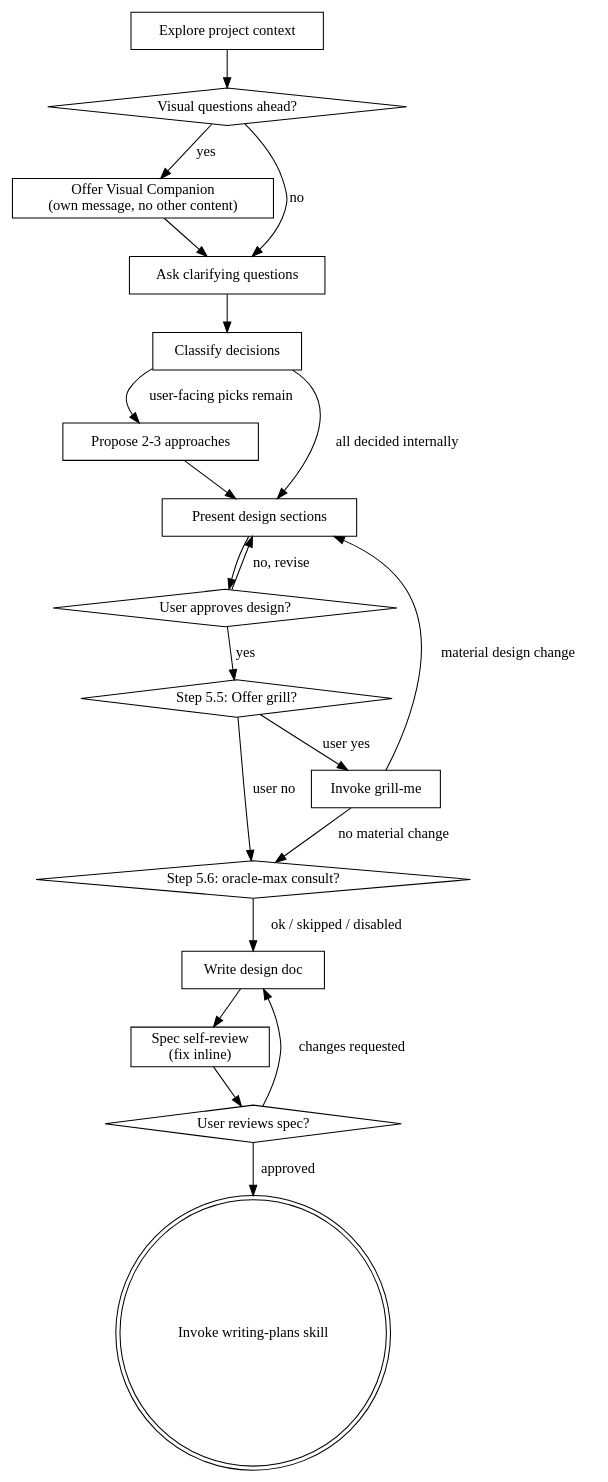
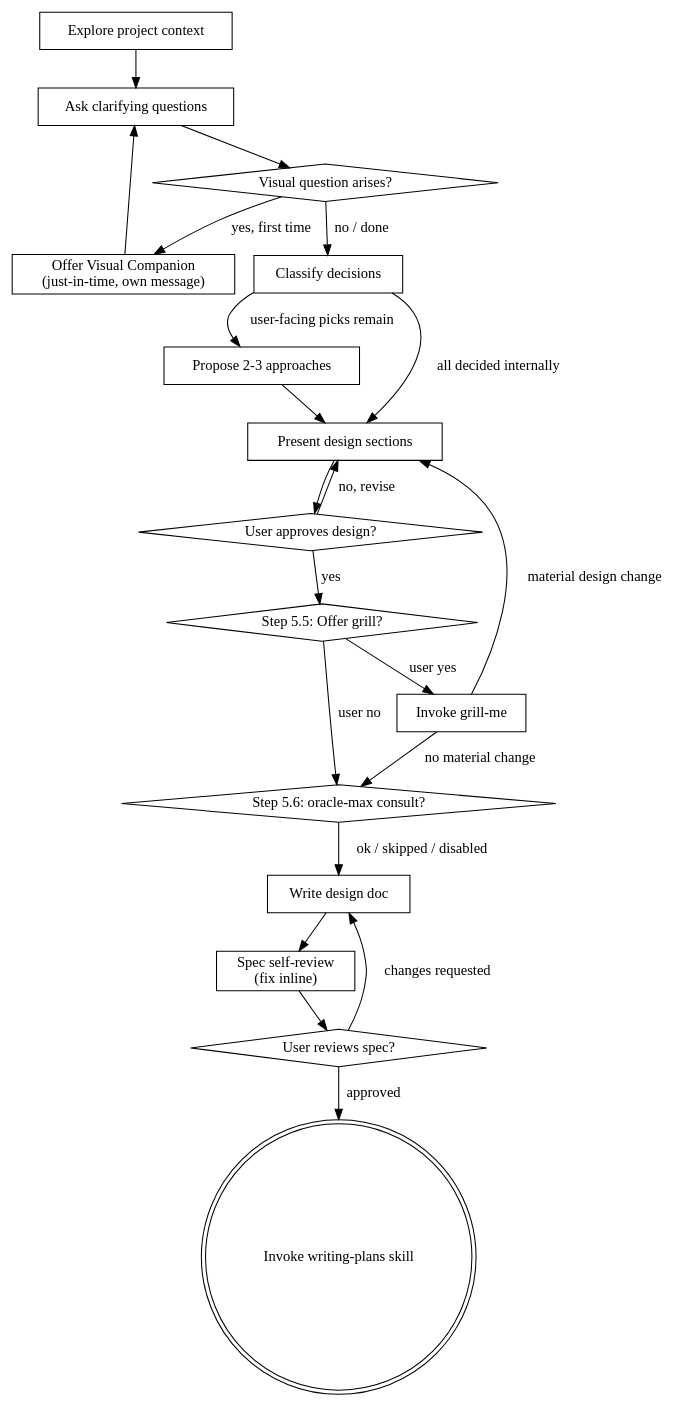
The diagram in skills/brainstorming/SKILL.md (chris-yyau/busdriver), drawn with Graphviz before and after one commit. The commit also changed other lines of this file and 6 other files, not shown here.

````diff
--- a/skills/brainstorming/SKILL.md
+++ b/skills/brainstorming/SKILL.md
@@ -46,40 +46,40 @@
 ```dot
 digraph brainstorming {
     "Explore project context" [shape=box];
-    "Visual questions ahead?" [shape=diamond];
-    "Offer Visual Companion\n(own message, no other content)" [shape=box];
+    "Visual question arises?" [shape=diamond];
+    "Offer Visual Companion\n(just-in-time, own message)" [shape=box];
     "Ask clarifying questions" [shape=box];
     "Classify decisions" [shape=box];
     "Propose 2-3 approaches" [shape=box];
     "Present design sections" [shape=box];
     "User approves design?" [shape=diamond];
     "Step 5.5: Offer grill?" [shape=diamond];
     "Invoke grill-me" [shape=box];
     "Step 5.6: oracle-max consult?" [shape=diamond];
     "Write design doc" [shape=box];
     "Spec self-review\n(fix inline)" [shape=box];
     "User reviews spec?" [shape=diamond];
     "Invoke writing-plans skill" [shape=doublecircle];
 
-    "Explore project context" -> "Visual questions ahead?";
-    "Visual questions ahead?" -> "Offer Visual Companion\n(own message, no other content)" [label="yes"];
-    "Visual questions ahead?" -> "Ask clarifying questions" [label="no"];
-    "Offer Visual Companion\n(own message, no other content)" -> "Ask clarifying questions";
-    "Ask clarifying questions" -> "Classify decisions";
+    "Explore project context" -> "Ask clarifying questions";
+    "Ask clarifying questions" -> "Visual question arises?";
+    "Visual question arises?" -> "Offer Visual Companion\n(just-in-time, own message)" [label="yes, first time"];
+    "Offer Visual Companion\n(just-in-time, own message)" -> "Ask clarifying questions";
+    "Visual question arises?" -> "Classify decisions" [label="no / done"];
     "Classify decisions" -> "Propose 2-3 approaches" [label="user-facing picks remain"];
     "Classify decisions" -> "Present design sections" [label="all decided internally"];
     "Propose 2-3 approaches" -> "Present design sections";
     "Present design sections" -> "User approves design?";
     "User approves design?" -> "Present design sections" [label="no, revise"];
     "User approves design?" -> "Step 5.5: Offer grill?" [label="yes"];
     "Step 5.5: Offer grill?" -> "Invoke grill-me" [label="user yes"];
     "Step 5.5: Offer grill?" -> "Step 5.6: oracle-max consult?" [label="user no"];
     "Invoke grill-me" -> "Present design sections" [label="material design change"];
     "Invoke grill-me" -> "Step 5.6: oracle-max consult?" [label="no material change"];
     "Step 5.6: oracle-max consult?" -> "Write design doc" [label="ok / skipped / disabled"];
     "Write design doc" -> "Spec self-review\n(fix inline)";
     "Spec self-review\n(fix inline)" -> "User reviews spec?";
     "User reviews spec?" -> "Write design doc" [label="changes requested"];
     "User reviews spec?" -> "Invoke writing-plans skill" [label="approved"];
 }
 ```
````
